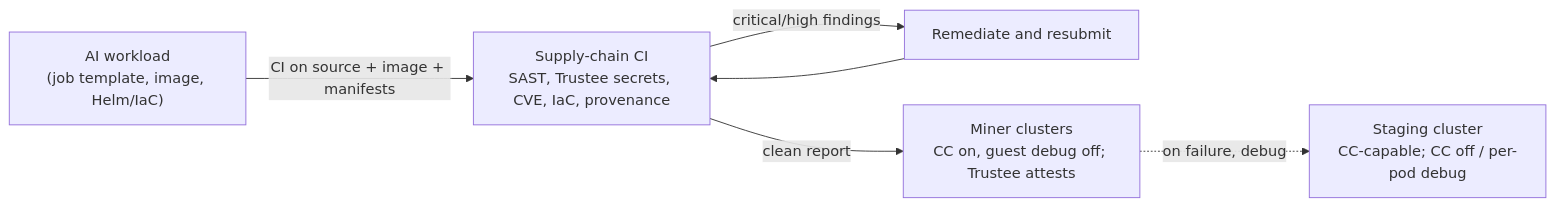
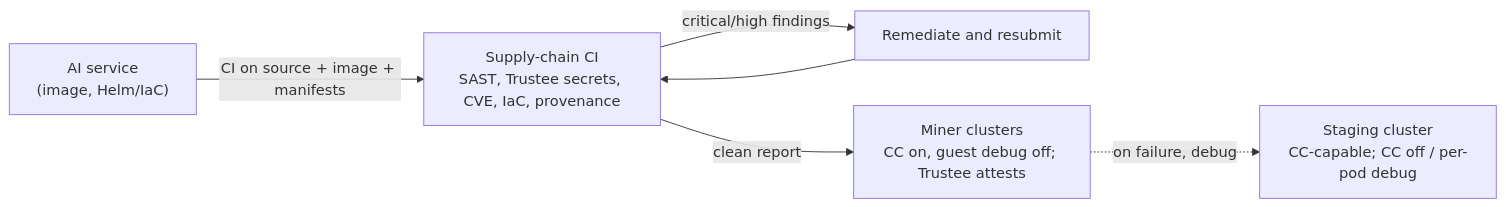
One commit to KubeTEE-AI/kubetee-subnet changed the diagram in docs/NEMO-MICROSERVICES-AND-SUBNET-INTEGRATIONS.md. Above: the diagram before and after it, drawn with Mermaid. The commit also changed other lines of this file and 7 other files, not shown here.

````diff
--- a/docs/NEMO-MICROSERVICES-AND-SUBNET-INTEGRATIONS.md
+++ b/docs/NEMO-MICROSERVICES-AND-SUBNET-INTEGRATIONS.md
@@ -97,8 +97,8 @@
 ```mermaid
 flowchart LR
-    WL["AI workload<br/>(job template, image, Helm/IaC)"] -->|"CI on source + image + manifests"| S0["Supply-chain CI<br/>SAST, Trustee secrets, CVE, IaC, provenance"]
+    WL["AI service<br/>(image, Helm/IaC)"] -->|"CI on source + image + manifests"| S0["Supply-chain CI<br/>SAST, Trustee secrets, CVE, IaC, provenance"]
     S0 -->|"critical/high findings"| Fix["Remediate and resubmit"]
     Fix --> S0
     S0 -->|"clean report"| Miners["Miner clusters<br/>CC on, guest debug off; Trustee attests"]
     Miners -.->|"on failure, debug"| Staging["Staging cluster<br/>CC-capable; CC off / per-pod debug"]
 ```
````
